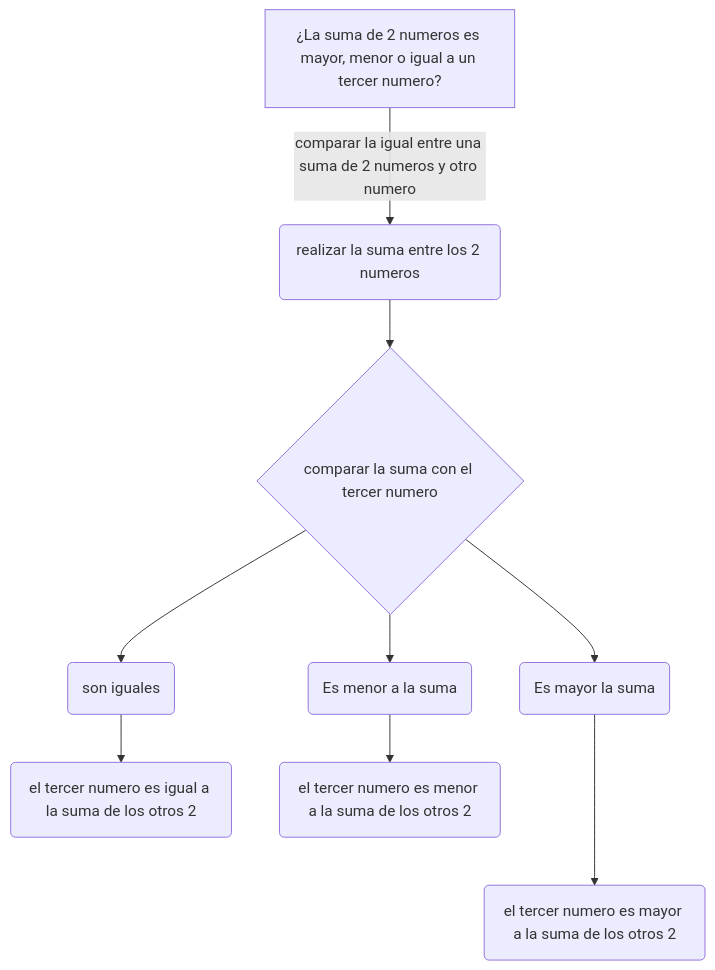
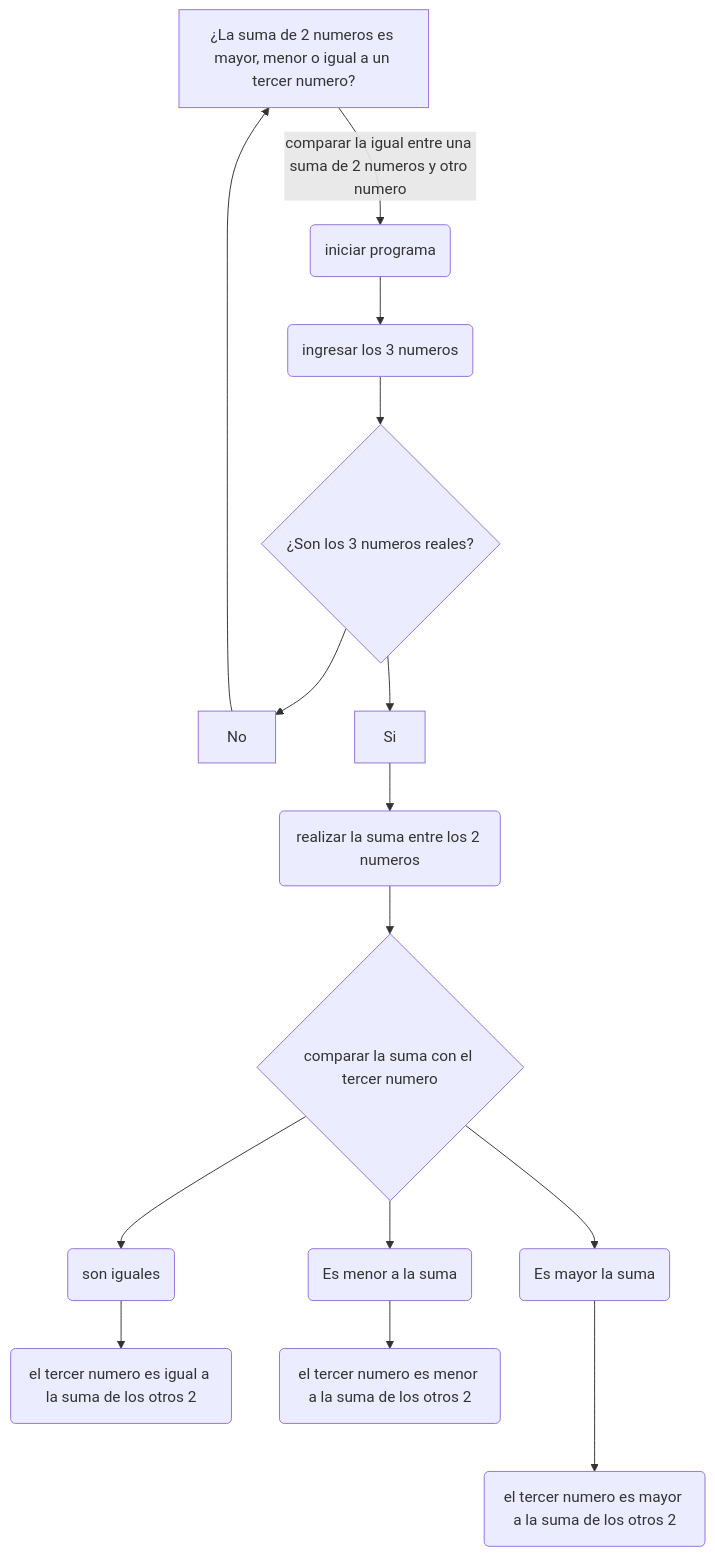
Before and after one commit to JavierGONL/Repo_Taller_1: the third of 3 diagrams in README.md, drawn with Mermaid.

````diff
--- a/README.md
+++ b/README.md
@@ -445,11 +445,17 @@
 ``` mermaid
 flowchart TD
-    A[¿La suma de 2 numeros es mayor, menor o igual a un tercer numero?] -->|comparar la igual entre una suma de 2 numeros y otro numero| B(realizar la suma entre los 2 numeros)
+  A[¿La suma de 2 numeros es mayor, menor o igual a un tercer numero?] -->|comparar la igual entre una suma de 2 numeros y otro numero| J(iniciar programa)
+    J --> K(ingresar los 3 numeros)
+    K--> L{¿Son los 3 numeros reales?}
+    L --> No --> A
+L --> Si -->B(realizar la suma entre los 2 numeros)
     B --> C{comparar la suma con el tercer numero}
     C --> D(son iguales)
     D --> G(el tercer numero es igual a la suma de los otros 2)
     C --> E(Es mayor la suma)
     E --->H(el tercer numero es mayor a la suma de los otros 2)
     C --> F(Es menor a la suma)
     F -->I(el tercer numero es menor a la suma de los otros 2)
+  
+ 
 ```
````
